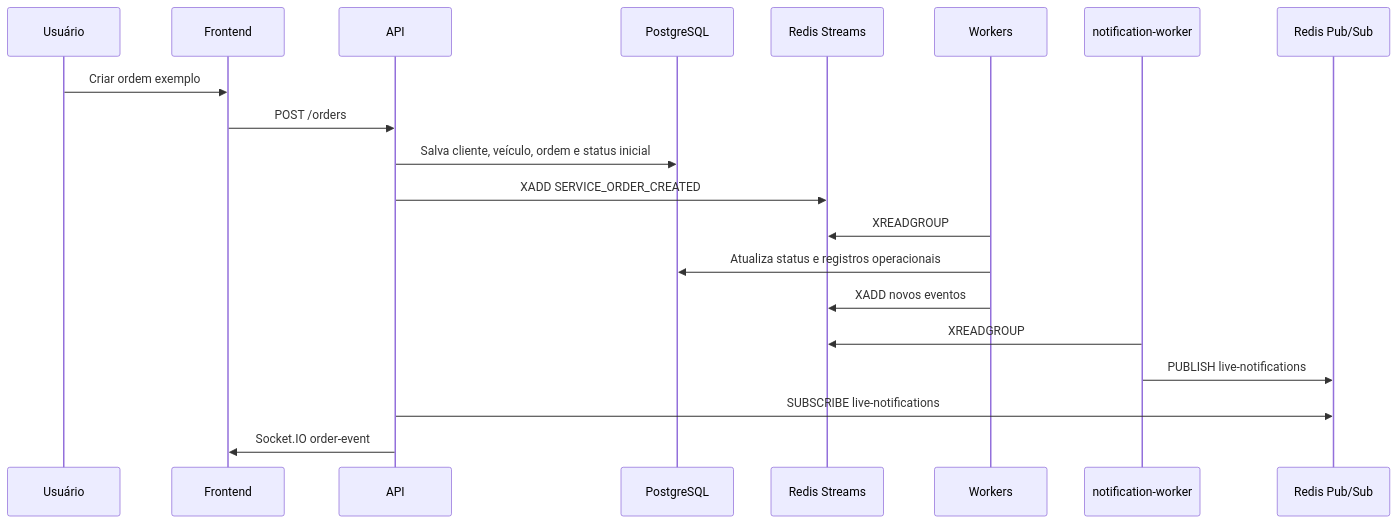
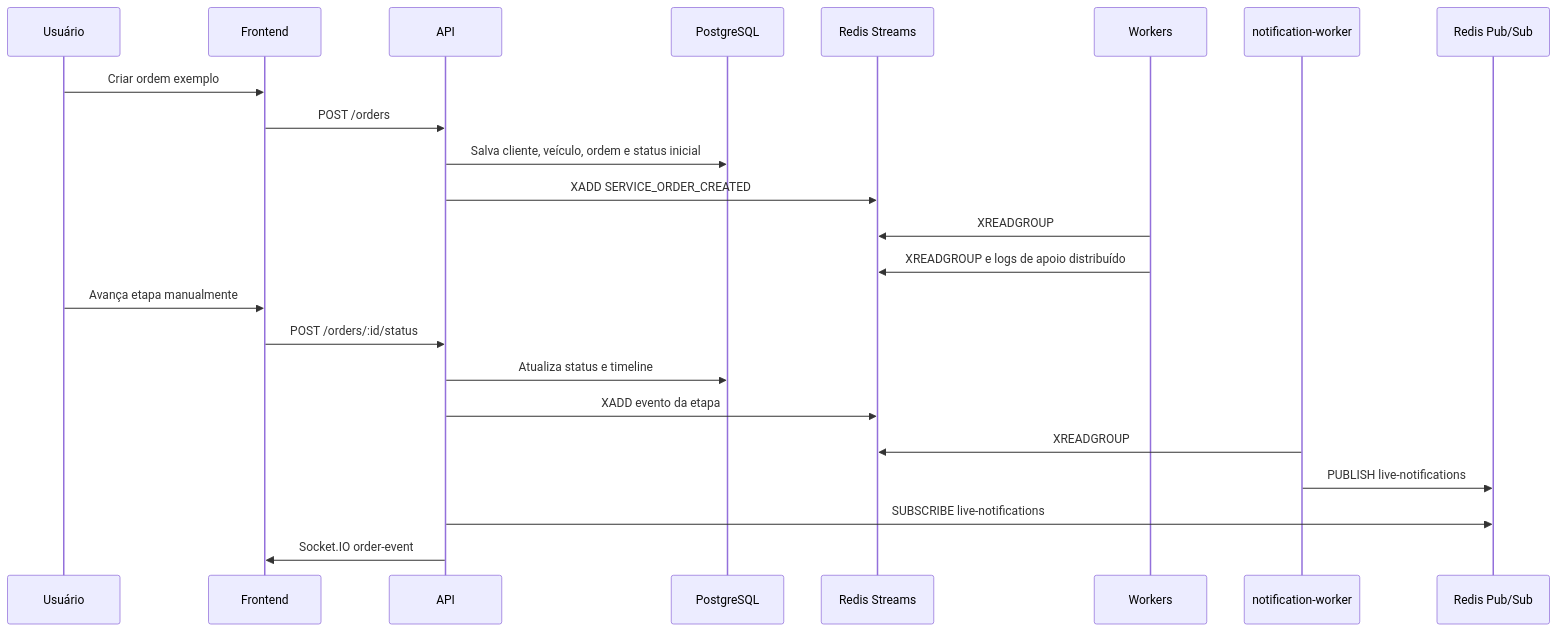
Before and after one commit to GabrielBelluco/pittrack-xrsc09: the second of 2 diagrams in docs/architecture.md, drawn with Mermaid. The commit also changed other lines of this file and 27 other files, not shown here.

````diff
--- a/docs/architecture.md
+++ b/docs/architecture.md
@@ -97,23 +106,26 @@
 ```mermaid
 sequenceDiagram
   participant U as Usuário
   participant F as Frontend
   participant A as API
   participant DB as PostgreSQL
   participant R as Redis Streams
   participant W as Workers
   participant N as notification-worker
   participant PS as Redis Pub/Sub
 
   U->>F: Criar ordem exemplo
   F->>A: POST /orders
   A->>DB: Salva cliente, veículo, ordem e status inicial
   A->>R: XADD SERVICE_ORDER_CREATED
   W->>R: XREADGROUP
-  W->>DB: Atualiza status e registros operacionais
-  W->>R: XADD novos eventos
+  W->>R: XREADGROUP e logs de apoio distribuído
+  U->>F: Avança etapa manualmente
+  F->>A: POST /orders/:id/status
+  A->>DB: Atualiza status e timeline
+  A->>R: XADD evento da etapa
   N->>R: XREADGROUP
   N->>PS: PUBLISH live-notifications
   A->>PS: SUBSCRIBE live-notifications
   A->>F: Socket.IO order-event
 ```
````
